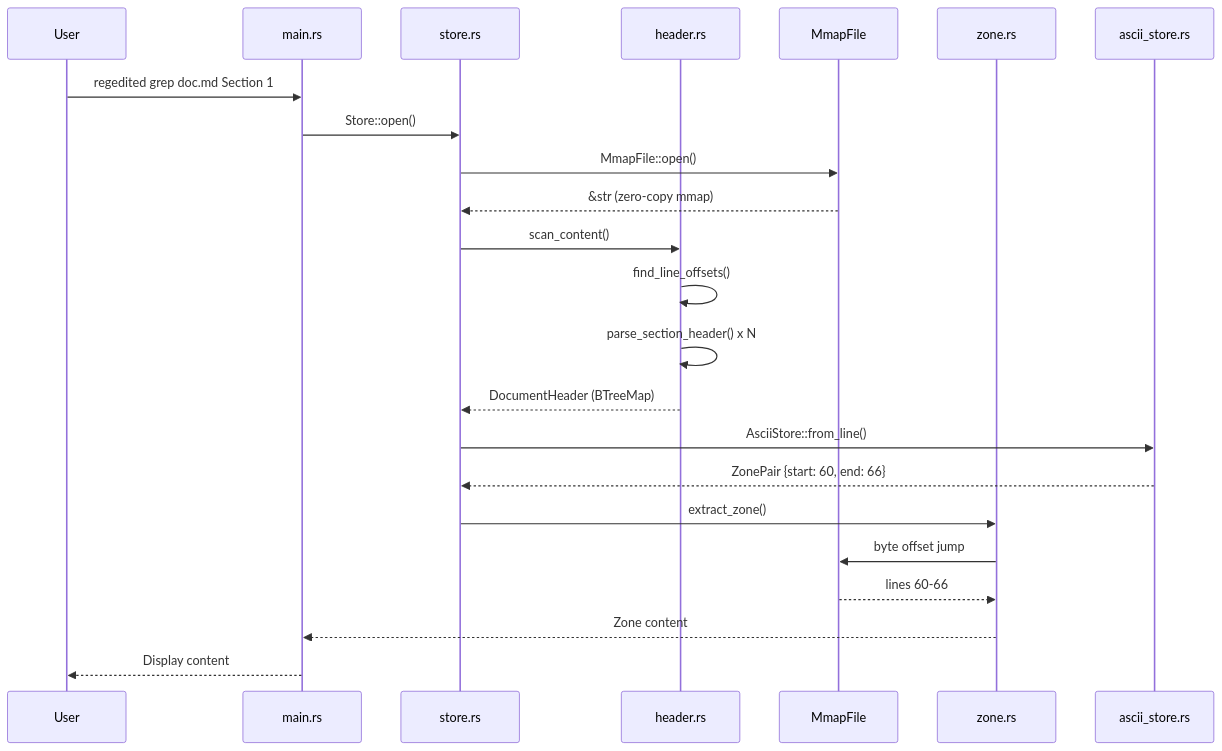
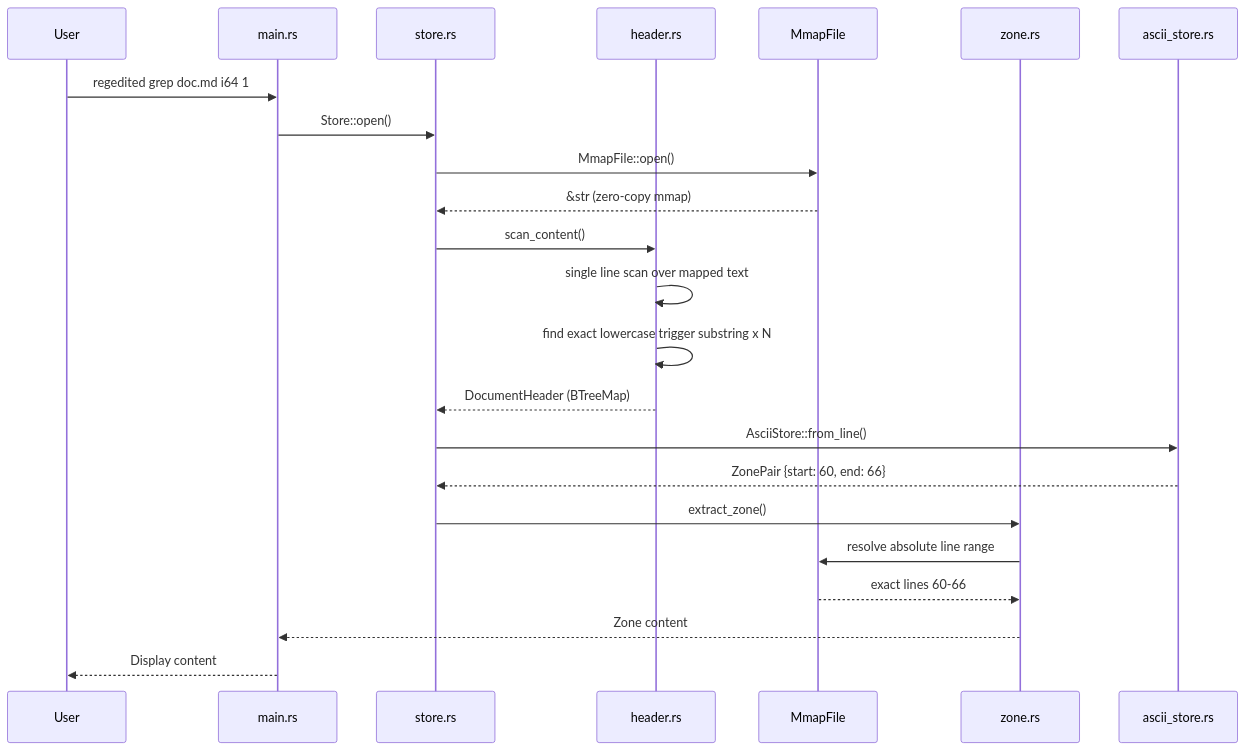
Before and after one commit to CommanderTurtle/regedited: the sixth of 8 diagrams in docs/FLOWCHART.md, drawn with Mermaid. The commit also changed other lines of this file and 13 other files, not shown here.

````diff
--- a/docs/FLOWCHART.md
+++ b/docs/FLOWCHART.md
@@ -381,26 +381,26 @@
 ```mermaid
 sequenceDiagram
     participant User
     participant CLI as main.rs
     participant Store as store.rs
     participant Header as header.rs
     participant Mmap as MmapFile
     participant Zone as zone.rs
     participant Ascii as ascii_store.rs
 
-    User->>CLI: regedited grep doc.md Section 1
+    User->>CLI: regedited grep doc.md i64 1
     CLI->>Store: Store::open()
     Store->>Mmap: MmapFile::open()
     Mmap-->>Store: &str (zero-copy mmap)
     Store->>Header: scan_content()
-    Header->>Header: find_line_offsets()
-    Header->>Header: parse_section_header() x N
+    Header->>Header: single line scan over mapped text
+    Header->>Header: find exact lowercase trigger substring x N
     Header-->>Store: DocumentHeader (BTreeMap)
     Store->>Ascii: AsciiStore::from_line()
     Ascii-->>Store: ZonePair {start: 60, end: 66}
     Store->>Zone: extract_zone()
-    Zone->>Mmap: byte offset jump
-    Mmap-->>Zone: lines 60-66
+    Zone->>Mmap: resolve absolute line range
+    Mmap-->>Zone: exact lines 60-66
     Zone-->>CLI: Zone content
     CLI-->>User: Display content
 ```
````
